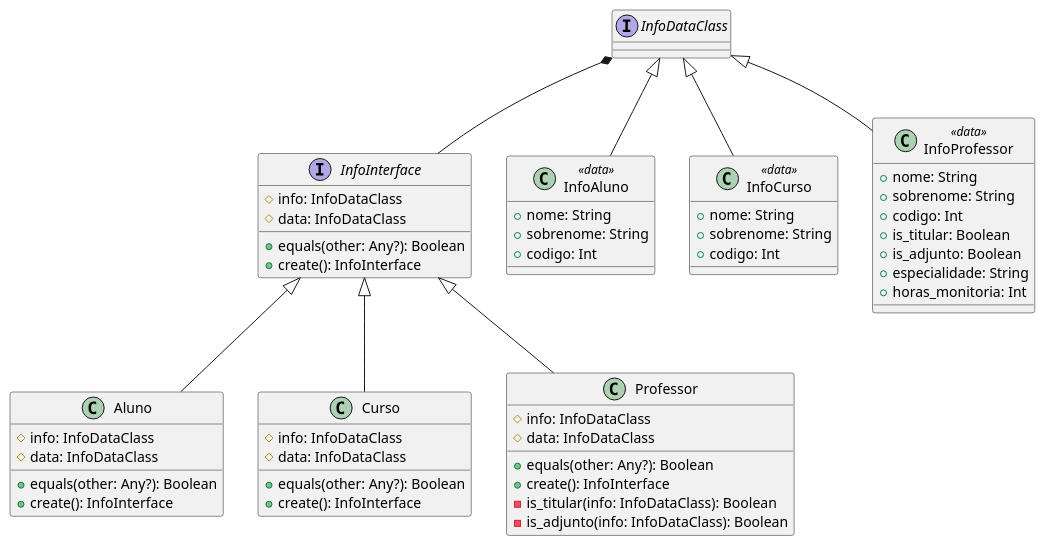
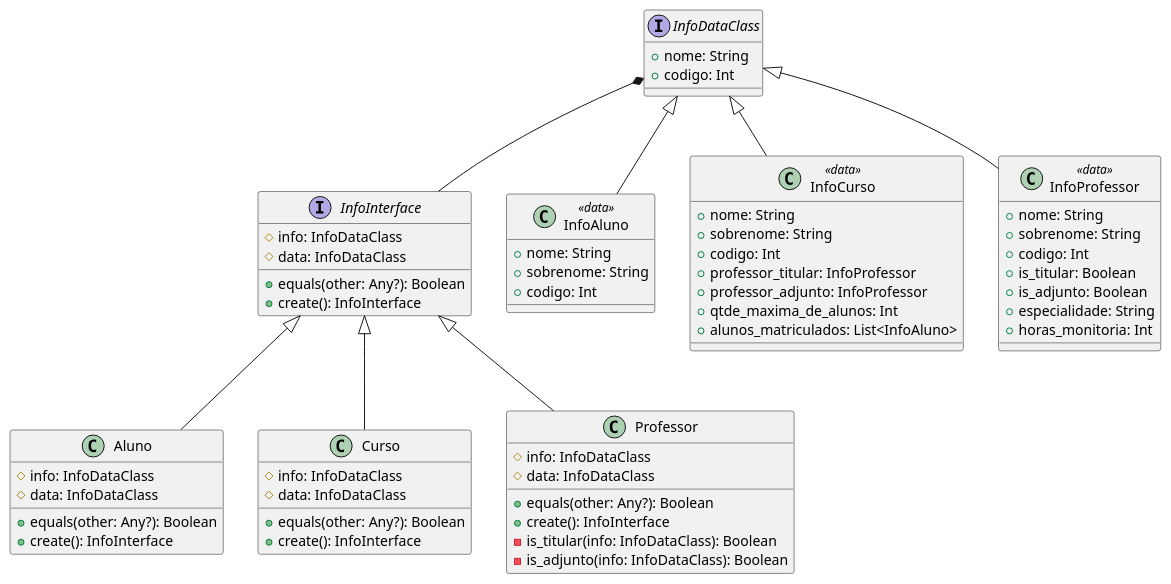
Before and after one commit to giovani-dev/Sistema-Escolar: the diagram in docs/class.plantuml, drawn with PlantUML.

Commit message:
Fix: add professor na classe curso

```diff
--- a/docs/class.plantuml
+++ b/docs/class.plantuml
@@ -1,78 +1,85 @@
 @startuml
 
 
-interface InfoDataClass
+interface InfoDataClass{
+    + nome: String
+    + codigo: Int
+}
 
 
 interface InfoInterface {
     # info: InfoDataClass
     # data: InfoDataClass
 
     + equals(other: Any?): Boolean
     + create(): InfoInterface
 }
 
 InfoDataClass *-- InfoInterface
 
 class InfoAluno <<data>> {
     + nome: String
     + sobrenome: String
     + codigo: Int
 }
 
 InfoDataClass <|-- InfoAluno
 
 class Aluno {
     # info: InfoDataClass
     # data: InfoDataClass
 
     + equals(other: Any?): Boolean
     + create(): InfoInterface
 }
 
 InfoInterface <|-- Aluno
 
 class InfoCurso <<data>> {
     + nome: String
     + sobrenome: String
     + codigo: Int
+    + professor_titular: InfoProfessor
+    + professor_adjunto: InfoProfessor
+    + qtde_maxima_de_alunos: Int
+    + alunos_matriculados: List<InfoAluno>
 }
 
 InfoDataClass <|-- InfoCurso
 
 class Curso {
     # info: InfoDataClass
     # data: InfoDataClass
 
     + equals(other: Any?): Boolean
     + create(): InfoInterface
 }
 
 InfoInterface <|-- Curso
 
 
 class InfoProfessor <<data>> {
     + nome: String
     + sobrenome: String
     + codigo: Int
     + is_titular: Boolean
     + is_adjunto: Boolean
     + especialidade: String
     + horas_monitoria: Int
 }
 
 InfoDataClass <|-- InfoProfessor
 
 class Professor {
     # info: InfoDataClass
     # data: InfoDataClass
 
     + equals(other: Any?): Boolean
     + create(): InfoInterface
     - is_titular(info: InfoDataClass): Boolean
     - is_adjunto(info: InfoDataClass): Boolean
 }
 
 InfoInterface <|-- Professor
 
 @enduml
```
